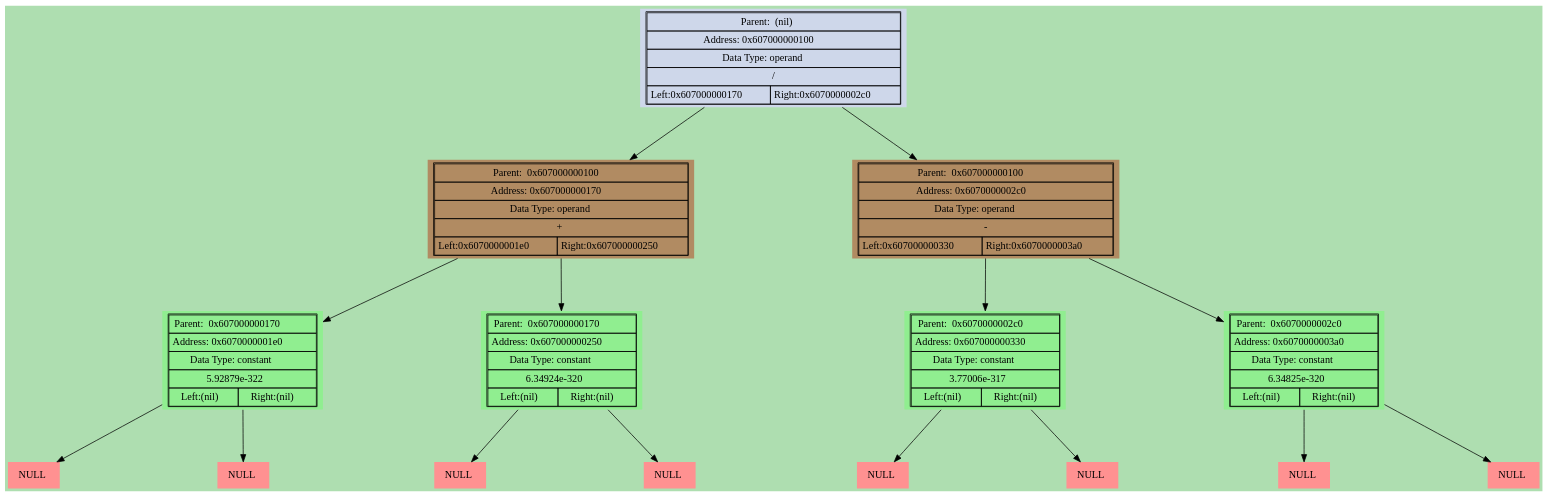
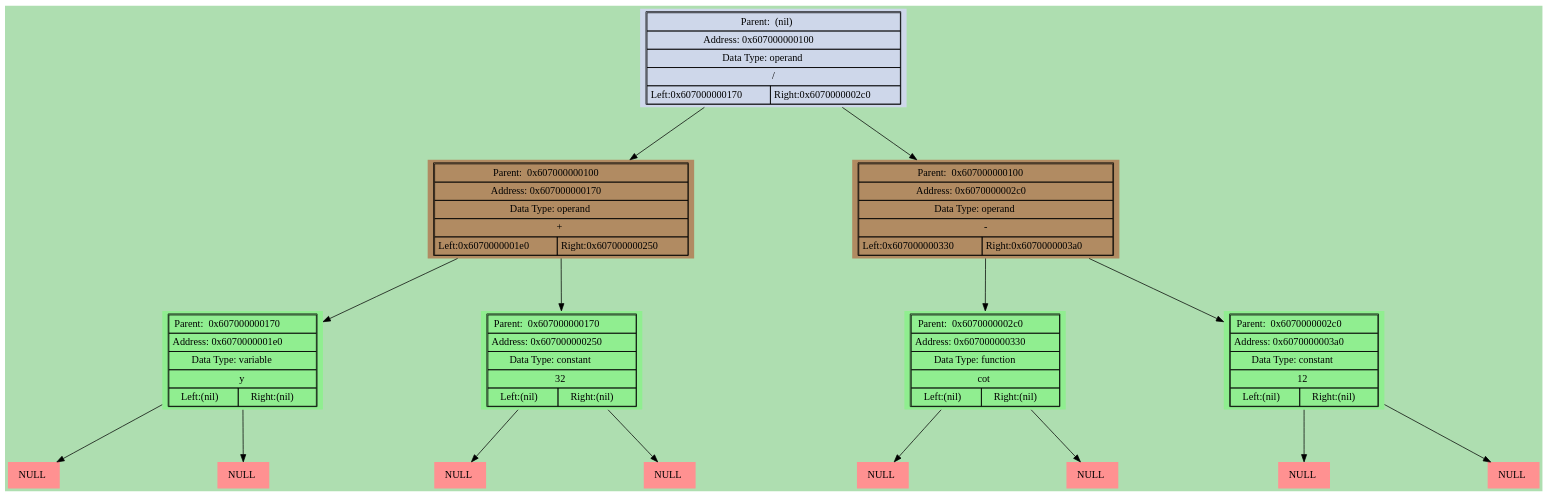
One commit to bgclutch/differentiator_ded changed the diagram in dumps/graphic_dump.dot. Above: the diagram before and after it, drawn with Graphviz. The commit also changed 7 other files, not shown here.

```diff
--- a/dumps/graphic_dump.dot
+++ b/dumps/graphic_dump.dot
@@ -1,114 +1,114 @@
 digraph LIST{
 harset = "UTF-8";
 node [shape=plaintext];
 bgcolor = "#0000aa";
 fontcolor = black;
 fontsize = 18;
 style = "italic";
 margin = 1;
 ranksep = 1;
 nodesep = 3;
 bgcolor = "#aedeb0";
 "0x607000000170" [style = "filled", fillcolor = "#b18b62",label=<
 <table border="1" cellspacing="0" cellpadding="4">
 <tr><td colspan="2">Parent:  0x607000000100</td></tr>
 <tr><td colspan="2">Address: 0x607000000170</td></tr>
 <tr><td colspan="2">Data Type: operand</td></tr>
 <tr><td colspan="2">+</td></tr>
 <tr><td align = "center" >Left:0x6070000001e0</td><td align = "center" >Right:0x607000000250</td></tr></table>>];
 
 "0x607000000100" -> "0x607000000170";
 "0x6070000001e0" [style = "filled", fillcolor = "lightgreen",label=<
 <table border="1" cellspacing="0" cellpadding="4">
 <tr><td colspan="2">Parent:  0x607000000170</td></tr>
 <tr><td colspan="2">Address: 0x6070000001e0</td></tr>
-<tr><td colspan="2">Data Type: constant</td></tr>
-<tr><td colspan="2">5.92879e-322</td></tr>
+<tr><td colspan="2">Data Type: variable</td></tr>
+<tr><td colspan="2">y</td></tr>
 <tr><td align = "center" >Left:(nil)</td><td align = "center" >Right:(nil)</td></tr></table>>];
 
 "0x607000000170" -> "0x6070000001e0";
 "0x6070000001e0" -> "0x607000000220";
 "0x607000000220" [style = "filled", fillcolor = "#ff9191", label=<
 <table border = "0" cellspacing="2" cellpadding="4">
 <tr><td>NULL</td></tr></table>>];
 
 "0x6070000001e0" -> "0x607000000228";
 "0x607000000228" [style = "filled", fillcolor = "#ff9191", label=<
 <table border = "0" cellspacing="2" cellpadding="4">
 <tr><td>NULL</td></tr></table>>];
 
 "0x607000000250" [style = "filled", fillcolor = "lightgreen",label=<
 <table border="1" cellspacing="0" cellpadding="4">
 <tr><td colspan="2">Parent:  0x607000000170</td></tr>
 <tr><td colspan="2">Address: 0x607000000250</td></tr>
 <tr><td colspan="2">Data Type: constant</td></tr>
-<tr><td colspan="2">6.34924e-320</td></tr>
+<tr><td colspan="2">32</td></tr>
 <tr><td align = "center" >Left:(nil)</td><td align = "center" >Right:(nil)</td></tr></table>>];
 
 "0x607000000170" -> "0x607000000250";
 "0x607000000250" -> "0x607000000290";
 "0x607000000290" [style = "filled", fillcolor = "#ff9191", label=<
 <table border = "0" cellspacing="2" cellpadding="4">
 <tr><td>NULL</td></tr></table>>];
 
 "0x607000000250" -> "0x607000000298";
 "0x607000000298" [style = "filled", fillcolor = "#ff9191", label=<
 <table border = "0" cellspacing="2" cellpadding="4">
 <tr><td>NULL</td></tr></table>>];
 
 "0x6070000002c0" [style = "filled", fillcolor = "#b18b62",label=<
 <table border="1" cellspacing="0" cellpadding="4">
 <tr><td colspan="2">Parent:  0x607000000100</td></tr>
 <tr><td colspan="2">Address: 0x6070000002c0</td></tr>
 <tr><td colspan="2">Data Type: operand</td></tr>
 <tr><td colspan="2">-</td></tr>
 <tr><td align = "center" >Left:0x607000000330</td><td align = "center" >Right:0x6070000003a0</td></tr></table>>];
 
 "0x607000000100" -> "0x6070000002c0";
 "0x607000000330" [style = "filled", fillcolor = "lightgreen",label=<
 <table border="1" cellspacing="0" cellpadding="4">
 <tr><td colspan="2">Parent:  0x6070000002c0</td></tr>
 <tr><td colspan="2">Address: 0x607000000330</td></tr>
-<tr><td colspan="2">Data Type: constant</td></tr>
-<tr><td colspan="2">3.77006e-317</td></tr>
+<tr><td colspan="2">Data Type: function</td></tr>
+<tr><td colspan="2">cot</td></tr>
 <tr><td align = "center" >Left:(nil)</td><td align = "center" >Right:(nil)</td></tr></table>>];
 
 "0x6070000002c0" -> "0x607000000330";
 "0x607000000330" -> "0x607000000370";
 "0x607000000370" [style = "filled", fillcolor = "#ff9191", label=<
 <table border = "0" cellspacing="2" cellpadding="4">
 <tr><td>NULL</td></tr></table>>];
 
 "0x607000000330" -> "0x607000000378";
 "0x607000000378" [style = "filled", fillcolor = "#ff9191", label=<
 <table border = "0" cellspacing="2" cellpadding="4">
 <tr><td>NULL</td></tr></table>>];
 
 "0x6070000003a0" [style = "filled", fillcolor = "lightgreen",label=<
 <table border="1" cellspacing="0" cellpadding="4">
 <tr><td colspan="2">Parent:  0x6070000002c0</td></tr>
 <tr><td colspan="2">Address: 0x6070000003a0</td></tr>
 <tr><td colspan="2">Data Type: constant</td></tr>
-<tr><td colspan="2">6.34825e-320</td></tr>
+<tr><td colspan="2">12</td></tr>
 <tr><td align = "center" >Left:(nil)</td><td align = "center" >Right:(nil)</td></tr></table>>];
 
 "0x6070000002c0" -> "0x6070000003a0";
 "0x6070000003a0" -> "0x6070000003e0";
 "0x6070000003e0" [style = "filled", fillcolor = "#ff9191", label=<
 <table border = "0" cellspacing="2" cellpadding="4">
 <tr><td>NULL</td></tr></table>>];
 
 "0x6070000003a0" -> "0x6070000003e8";
 "0x6070000003e8" [style = "filled", fillcolor = "#ff9191", label=<
 <table border = "0" cellspacing="2" cellpadding="4">
 <tr><td>NULL</td></tr></table>>];
 
 "0x607000000100" [style = "filled", fillcolor = "#ced7ea",label=<
 <table border="1" cellspacing="0" cellpadding="4">
 <tr><td colspan="2">Parent:  (nil)</td></tr>
 <tr><td colspan="2">Address: 0x607000000100</td></tr>
 <tr><td colspan="2">Data Type: operand</td></tr>
 <tr><td colspan="2">/</td></tr>
 <tr><td align = "center" >Left:0x607000000170</td><td align = "center" >Right:0x6070000002c0</td></tr></table>>];
 
 }
```
